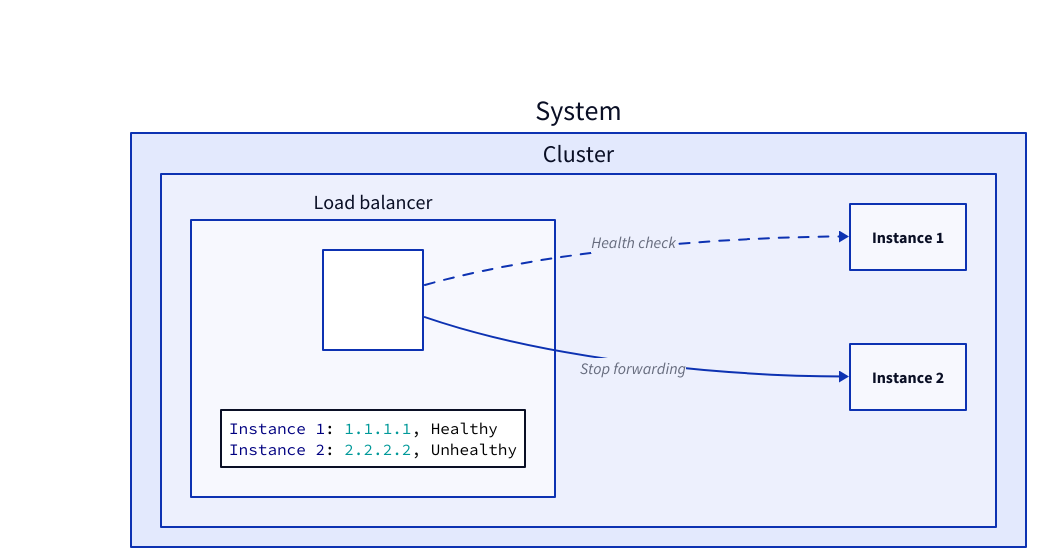
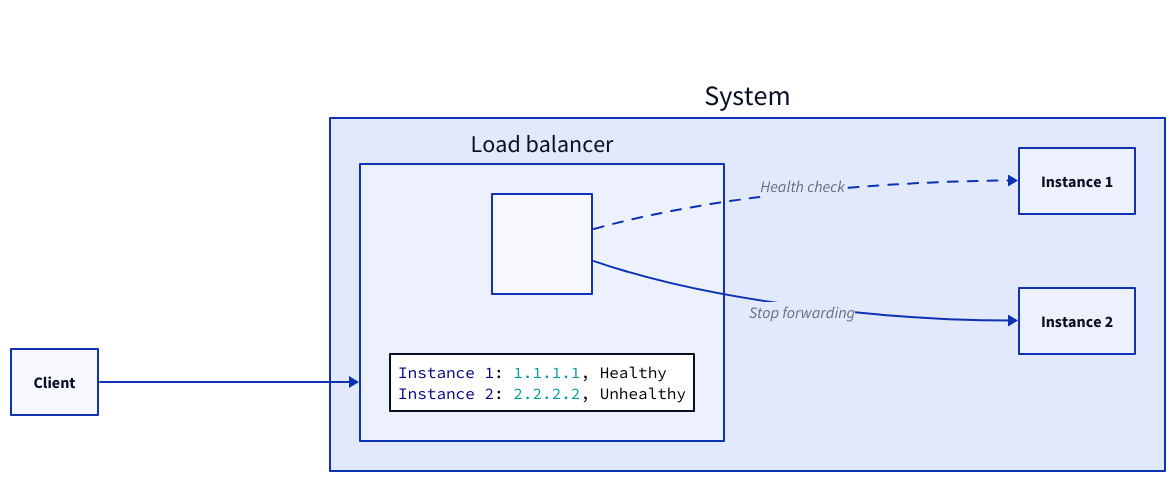
The fifth of 18 diagrams in content/web-service/load-balancer.md (link1905/system-design-101), drawn with D2 before and after one commit. The commit also changed other lines of this file and 13 other files, not shown here.

````diff
--- a/content/web-service/load-balancer.md
+++ b/content/web-service/load-balancer.md
@@ -155,28 +156,30 @@
 ```d2
 direction: right
-system: System {
-  s: Cluster {
-    lb: Load balancer {
-      lb: "" {
-        class: lb
-      }
-      r: |||yaml
-      Instance 1: 1.1.1.1, Healthy
-      Instance 2: 2.2.2.2, Unhealthy
-      |||
+c: Client {
+  class: client
+}
+s: System {
+  lb: Load balancer {
+    lb: "" {
+      class: lb
     }
-    s1: Instance 1 {
-      class: server
-    }
-    s2: Instance 2 {
-      class: generic-error
-    }
-    lb.lb -> s1: Health check {
-      style.animated: true
-    }
-    lb.lb -> s2: Stop forwarding {
-      class: error-conn
-    }
+    r: |||yaml
+    Instance 1: 1.1.1.1, Healthy
+    Instance 2: 2.2.2.2, Unhealthy
+    |||
+  }
+  s1: Instance 1 {
+    class: server
+  }
+  s2: Instance 2 {
+    class: generic-error
+  }
+  lb.lb -> s1: Health check {
+    style.animated: true
+  }
+  lb.lb -> s2: Stop forwarding {
+    class: error-conn
   }
 }
+c -> s.lb
 ```
````
